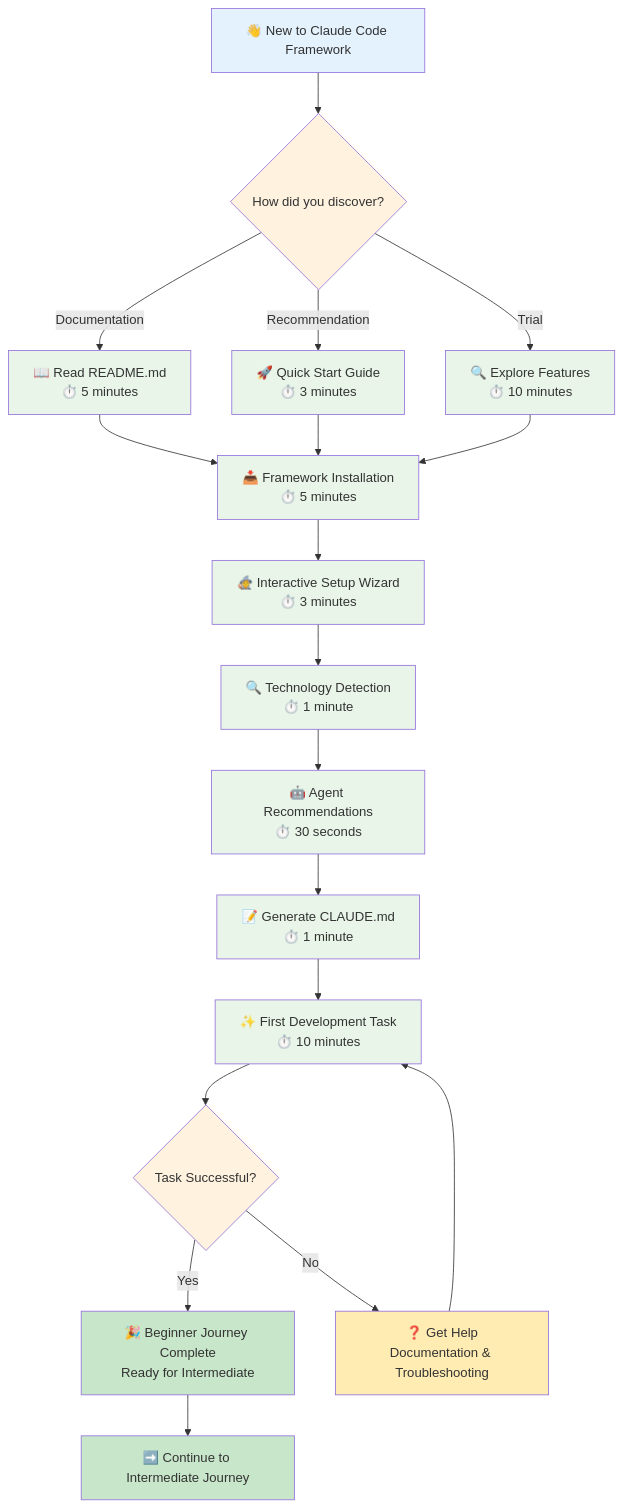
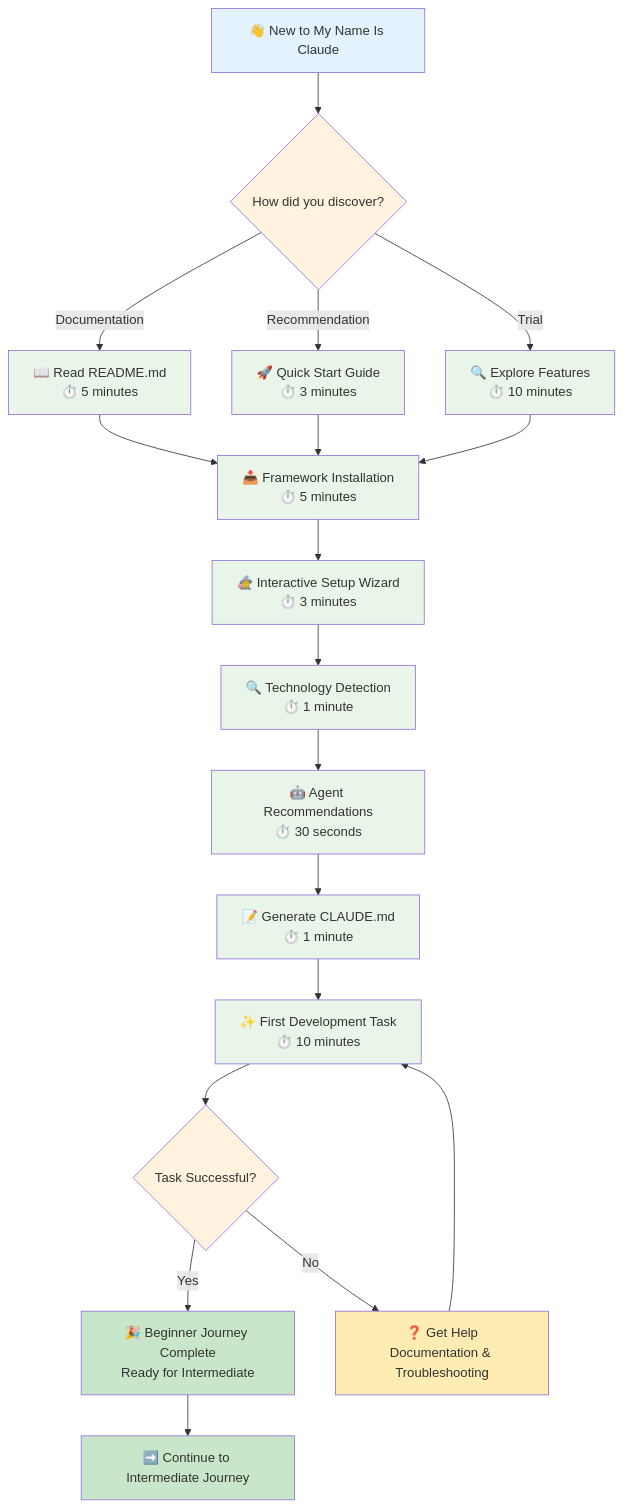
The first of 5 diagrams in docs/architecture/diagrams/user-journeys.md (bartoszwarzocha/my_name_is_claude), drawn with Mermaid before and after one commit. The commit also changed 33 other files, not shown here.

First line of the commit message:
Fix framework name consistency: replace 'Claude Code Framework' with 'My Name Is Claude'

````diff
--- a/docs/architecture/diagrams/user-journeys.md
+++ b/docs/architecture/diagrams/user-journeys.md
@@ -5,38 +5,38 @@
 ```mermaid
 flowchart TD
-    START[👋 New to Claude Code Framework] --> DISCOVER{How did you discover?}
+    START[👋 New to My Name Is Claude] --> DISCOVER{How did you discover?}
 
     DISCOVER -->|Documentation| READ_DOCS[📖 Read README.md<br/>⏱️ 5 minutes]
     DISCOVER -->|Recommendation| QUICK_START[🚀 Quick Start Guide<br/>⏱️ 3 minutes]
     DISCOVER -->|Trial| EXPLORE[🔍 Explore Features<br/>⏱️ 10 minutes]
 
     READ_DOCS --> INSTALL[📥 Framework Installation<br/>⏱️ 5 minutes]
     QUICK_START --> INSTALL
     EXPLORE --> INSTALL
 
     INSTALL --> SETUP_WIZARD[🧙 Interactive Setup Wizard<br/>⏱️ 3 minutes]
     SETUP_WIZARD --> PROJECT_DETECT[🔍 Technology Detection<br/>⏱️ 1 minute]
     PROJECT_DETECT --> AGENT_RECOMMEND[🤖 Agent Recommendations<br/>⏱️ 30 seconds]
 
     AGENT_RECOMMEND --> CLAUDE_GENERATE[📝 Generate CLAUDE.md<br/>⏱️ 1 minute]
     CLAUDE_GENERATE --> FIRST_TASK[✨ First Development Task<br/>⏱️ 10 minutes]
 
     FIRST_TASK --> SUCCESS{Task Successful?}
     SUCCESS -->|Yes| BEGINNER_COMPLETE[🎉 Beginner Journey Complete<br/>Ready for Intermediate]
     SUCCESS -->|No| HELP[❓ Get Help<br/>Documentation & Troubleshooting]
     HELP --> FIRST_TASK
 
     BEGINNER_COMPLETE --> INTERMEDIATE_JOURNEY[➡️ Continue to Intermediate Journey]
 
     classDef start fill:#e3f2fd
     classDef process fill:#e8f5e8
     classDef decision fill:#fff3e0
     classDef success fill:#c8e6c9
     classDef help fill:#ffecb3
 
     class START start
     class READ_DOCS,QUICK_START,EXPLORE,INSTALL,SETUP_WIZARD,PROJECT_DETECT,AGENT_RECOMMEND,CLAUDE_GENERATE,FIRST_TASK process
     class DISCOVER,SUCCESS decision
     class BEGINNER_COMPLETE,INTERMEDIATE_JOURNEY success
     class HELP help
 ```
````
